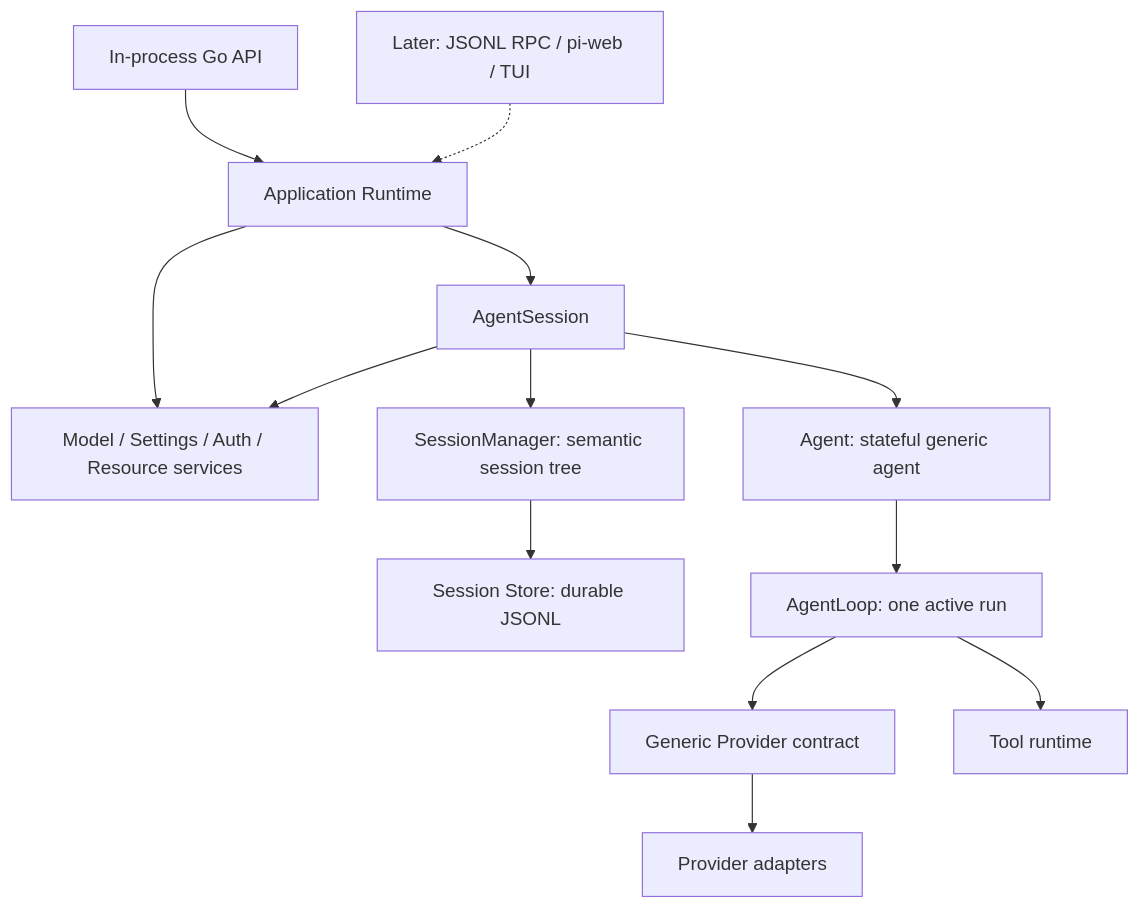
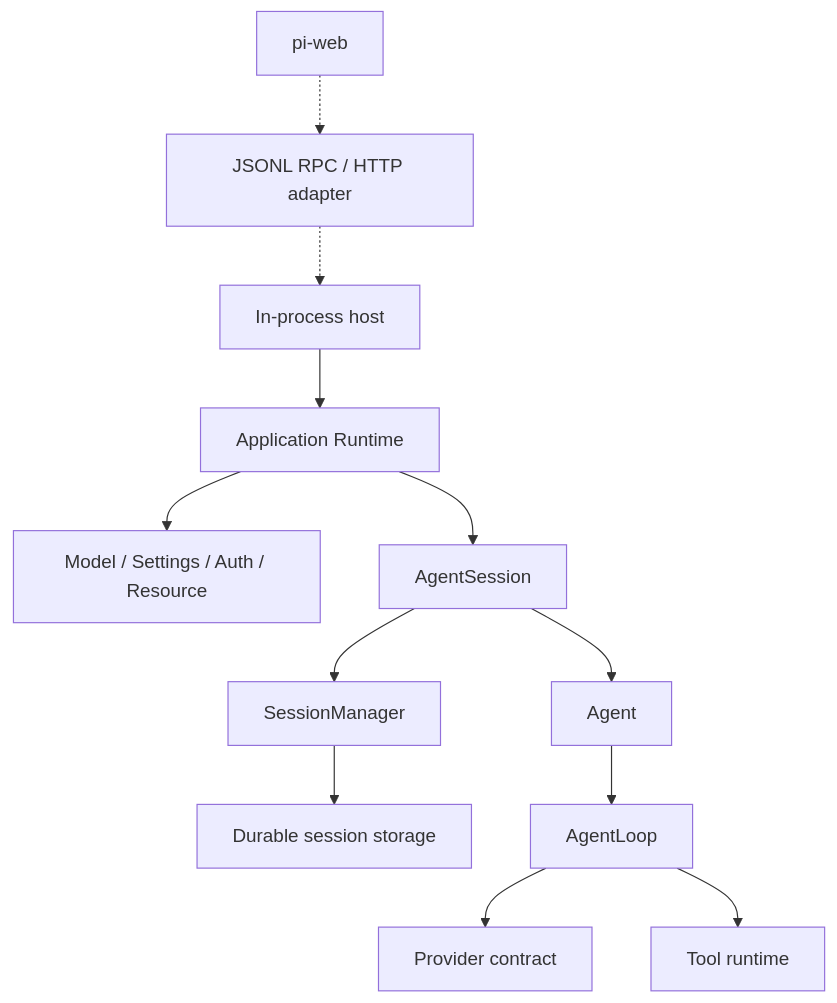
Before and after one commit to cat3399/pi-go: the diagram in docs/ARCHITECTURE.md, drawn with Mermaid. The commit also changed other lines of this file and 3 other files, not shown here.

Commit message:
docs: refresh architecture status and roadmap

````diff
--- a/docs/ARCHITECTURE.md
+++ b/docs/ARCHITECTURE.md
@@ -22,15 +37,14 @@
 ```mermaid
 flowchart TB
-    InProcess["In-process Go API"] --> Runtime["Application Runtime"]
-    Future["Later: JSONL RPC / pi-web / TUI"] -.-> Runtime
-    Runtime --> AgentSession["AgentSession"]
-    Runtime --> Services["Model / Settings / Auth / Resource services"]
-    AgentSession --> Agent["Agent: stateful generic agent"]
-    AgentSession --> SessionManager["SessionManager: semantic session tree"]
-    SessionManager --> SessionStore["Session Store: durable JSONL"]
-    AgentSession --> Services
-    Agent --> AgentLoop["AgentLoop: one active run"]
-    AgentLoop --> Provider["Generic Provider contract"]
-    Provider --> Adapters["Provider adapters"]
-    AgentLoop --> Tools["Tool runtime"]
+    Host["In-process host"] --> Runtime["Application Runtime"]
+    Runtime --> Services["Model / Settings / Auth / Resource"]
+    Runtime --> Session["AgentSession"]
+    Session --> Agent["Agent"]
+    Session --> Manager["SessionManager"]
+    Manager --> Store["Durable session storage"]
+    Agent --> Loop["AgentLoop"]
+    Loop --> Provider["Provider contract"]
+    Loop --> Tools["Tool runtime"]
+    Transport["JSONL RPC / HTTP adapter"] -.-> Host
+    Web["pi-web"] -.-> Transport
 ```
````
